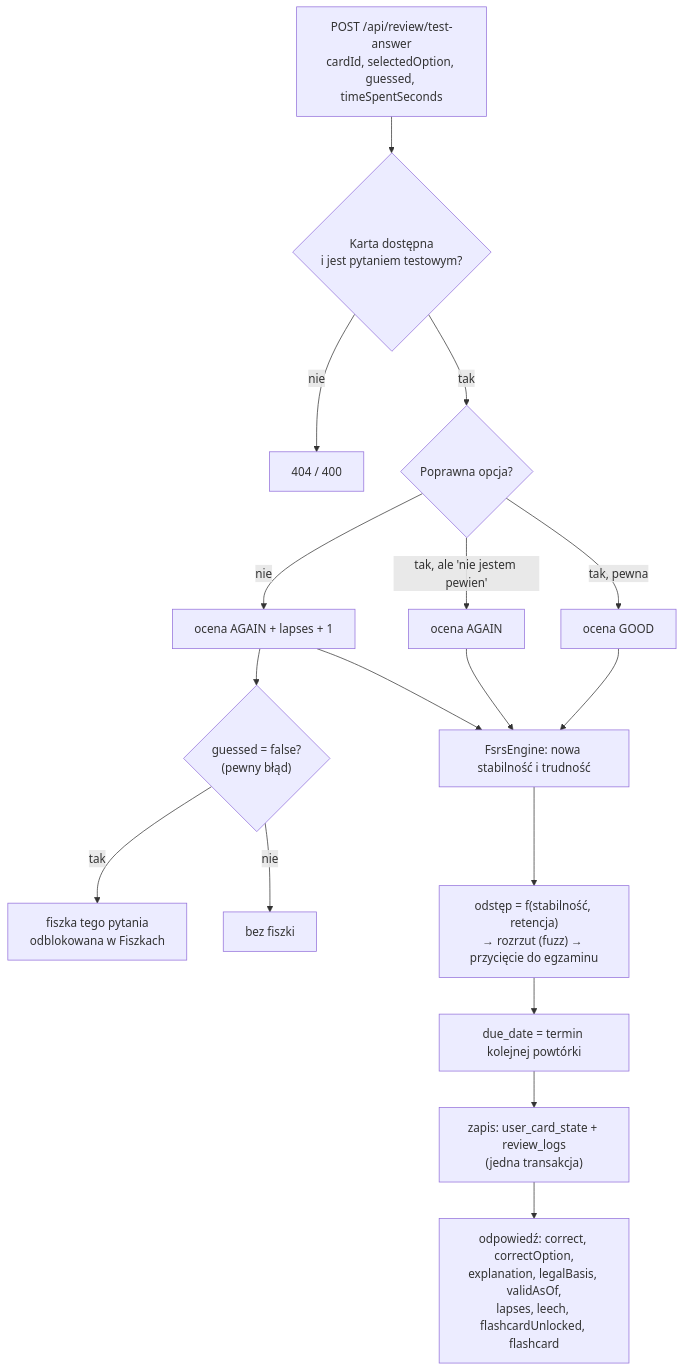
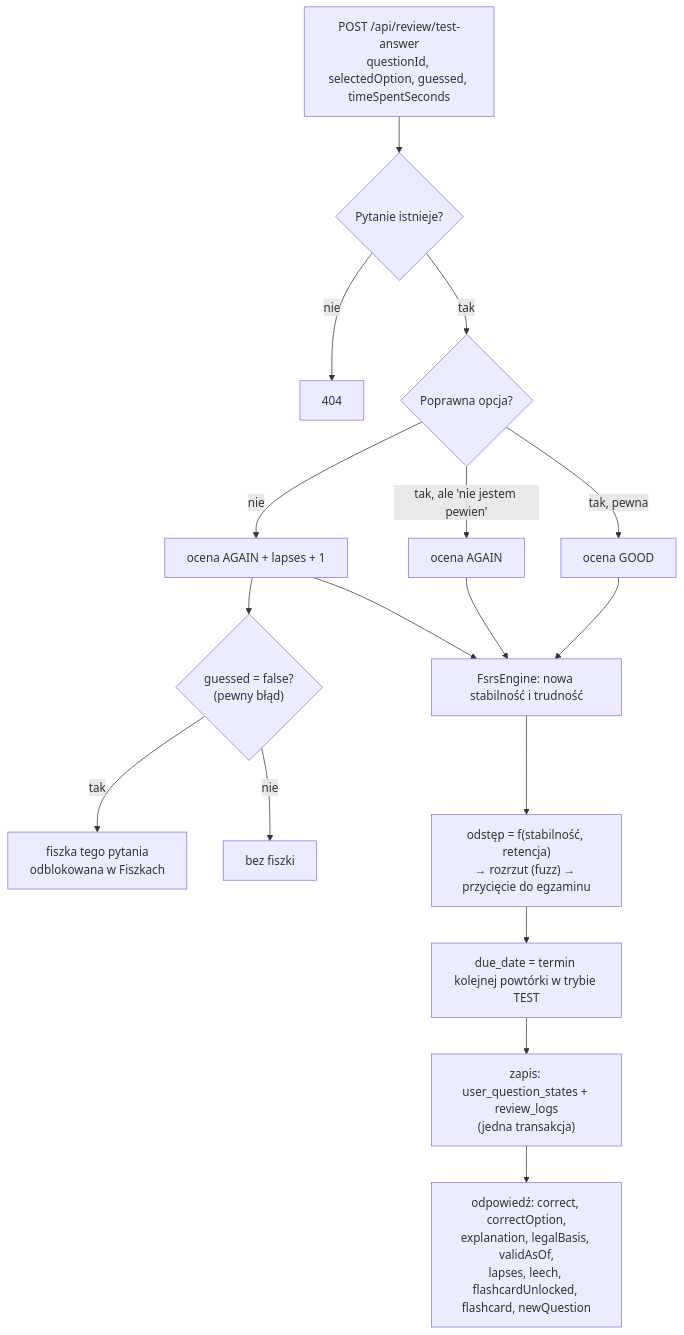
One commit to YellowHand/tutlaw-backend changed the second of 3 diagrams in docs/04-nauka-testy-fiszki-fsrs.md. Above: the diagram before and after it, drawn with Mermaid. The commit also changed other lines of this file and 294 other files, not shown here.

````diff
--- a/docs/04-nauka-testy-fiszki-fsrs.md
+++ b/docs/04-nauka-testy-fiszki-fsrs.md
@@ -87,19 +101,19 @@
 ```mermaid
 flowchart TD
-    S["POST /api/review/test-answer<br/>cardId, selectedOption, guessed, timeSpentSeconds"] --> K{"Karta dostępna<br/>i jest pytaniem testowym?"}
-    K -- "nie" --> E["404 / 400"]
+    S["POST /api/review/test-answer<br/>questionId, selectedOption, guessed, timeSpentSeconds"] --> K{"Pytanie istnieje?"}
+    K -- "nie" --> E["404"]
     K -- "tak" --> P{"Poprawna opcja?"}
     P -- "tak, pewna" --> G["ocena GOOD"]
     P -- "tak, ale 'nie jestem pewien'" --> A1["ocena AGAIN"]
     P -- "nie" --> A2["ocena AGAIN + lapses + 1"]
     A2 --> C{"guessed = false?<br/>(pewny błąd)"}
     C -- "tak" --> U["fiszka tego pytania<br/>odblokowana w Fiszkach"]
     C -- "nie" --> N["bez fiszki"]
     G --> F["FsrsEngine: nowa stabilność i trudność"]
     A1 --> F
     A2 --> F
     F --> I["odstęp = f(stabilność, retencja)<br/>→ rozrzut (fuzz) → przycięcie do egzaminu"]
-    I --> D["due_date = termin kolejnej powtórki"]
-    D --> W["zapis: user_card_state + review_logs<br/>(jedna transakcja)"]
-    W --> R["odpowiedź: correct, correctOption,<br/>explanation, legalBasis, validAsOf,<br/>lapses, leech, flashcardUnlocked, flashcard"]
+    I --> D["due_date = termin kolejnej powtórki w trybie TEST"]
+    D --> W["zapis: user_question_states + review_logs<br/>(jedna transakcja)"]
+    W --> R["odpowiedź: correct, correctOption,<br/>explanation, legalBasis, validAsOf,<br/>lapses, leech, flashcardUnlocked, flashcard, newQuestion"]
 ```
````
